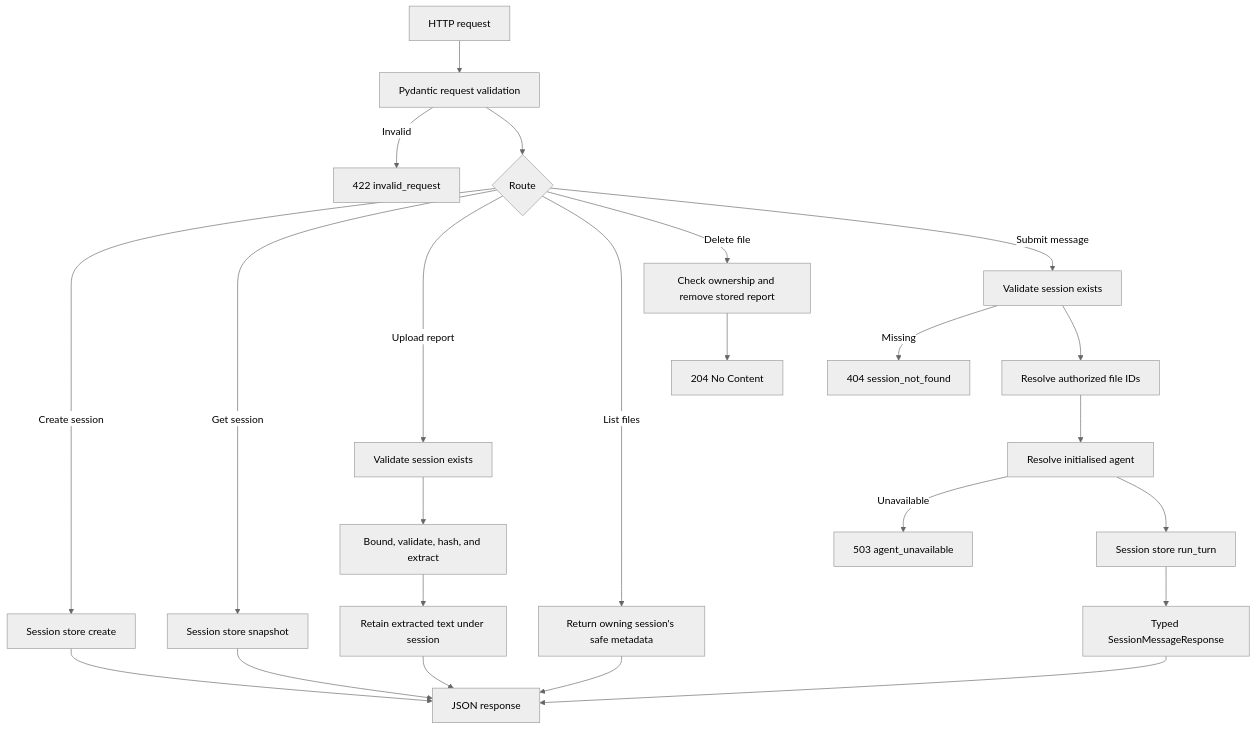
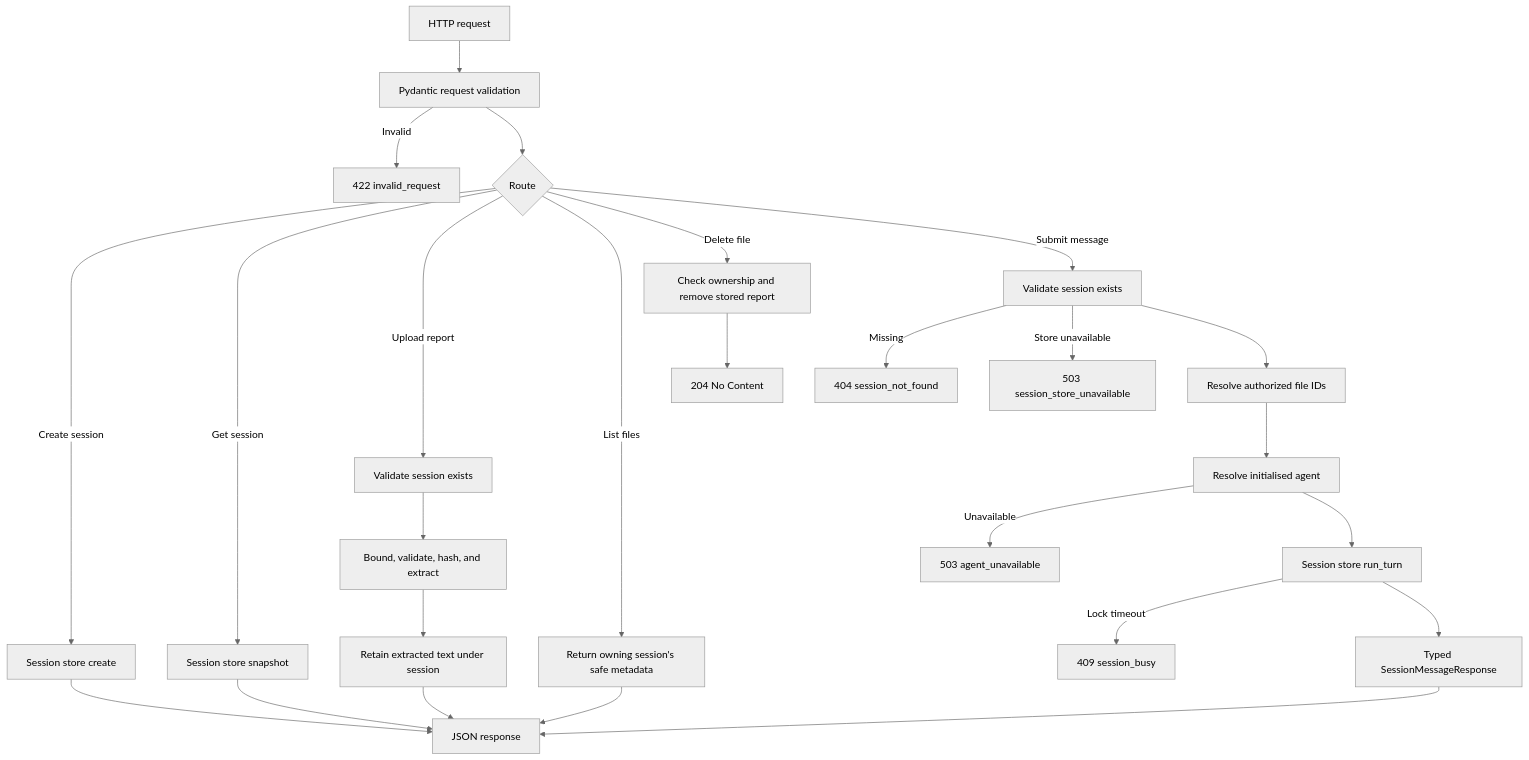
Before and after one commit to govtech-responsibleai/agentic-eval-toyapp: the third of 16 diagrams in architecture.md, drawn with Mermaid (neutral theme). The commit also changed other lines of this file and 18 other files, not shown here.

````diff
--- a/architecture.md
+++ b/architecture.md
@@ -254,26 +257,28 @@
 ```mermaid
 flowchart TD
     Request[HTTP request] --> Validation[Pydantic request validation]
     Validation -->|Invalid| Error422[422 invalid_request]
     Validation --> Route{Route}
     Route -->|Create session| Create[Session store create]
     Route -->|Get session| Snapshot[Session store snapshot]
     Route -->|Upload report| FileLookup[Validate session exists]
     FileLookup --> FileProcess[Bound, validate, hash, and extract]
     FileProcess --> FileStore[Retain extracted text under session]
     FileStore --> Response
     Route -->|List files| FileList[Return owning session's safe metadata]
     Route -->|Delete file| FileDelete[Check ownership and remove stored report]
     FileList --> Response
     FileDelete --> Empty[204 No Content]
     Route -->|Submit message| Lookup[Validate session exists]
     Lookup -->|Missing| Error404[404 session_not_found]
+    Lookup -->|Store unavailable| Store503[503 session_store_unavailable]
     Lookup --> Attachments[Resolve authorized file IDs]
     Attachments --> Resolve[Resolve initialised agent]
     Resolve -->|Unavailable| Error503[503 agent_unavailable]
     Resolve --> Turn[Session store run_turn]
+    Turn -->|Lock timeout| Busy409[409 session_busy]
     Turn --> Result[Typed SessionMessageResponse]
     Create --> Response[JSON response]
     Snapshot --> Response
     Result --> Response
 ```
````
